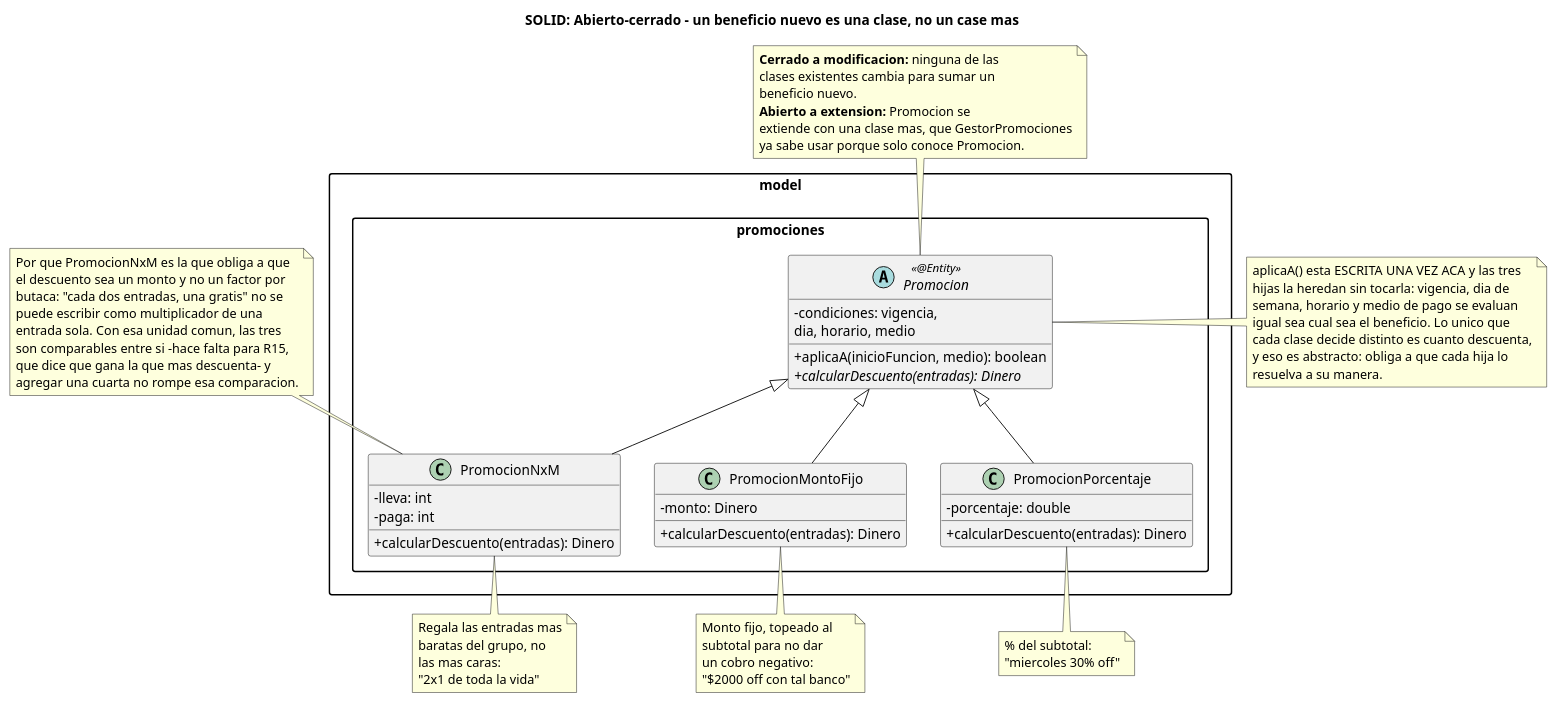
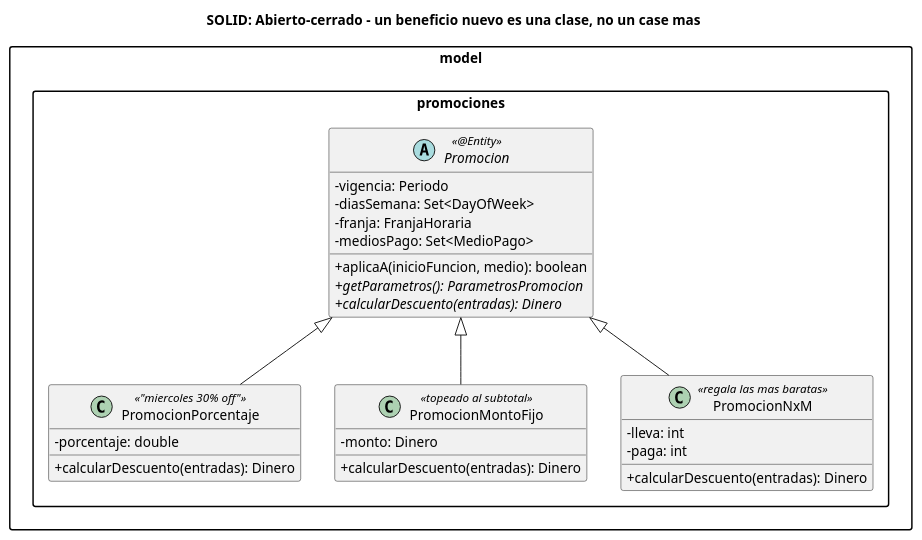
The diagram in _other/docs/diagramas/solid-ocp.puml (andreiveisuade/cine-uade), drawn with PlantUML before and after one commit. The commit also changed 38 other files, not shown here.

First line of the commit message:
docs(manual): arquitectura, patrones, reglas, errores y swing al dia, y diagramas sin notas

```diff
--- a/_other/docs/diagramas/solid-ocp.puml
+++ b/_other/docs/diagramas/solid-ocp.puml
@@ -1,92 +1,49 @@
 @startuml solid-ocp
 title SOLID: Abierto-cerrado - un beneficio nuevo es una clase, no un case mas
 
 skinparam classAttributeIconSize 0
 skinparam packageStyle rectangle
 hide empty members
 
 ' Las tres promociones que hay hoy no agotan lo que un cine puede querer
 ' ofrecer: un 3x2, un descuento que crece con la cantidad de entradas,
 ' una promo que solo corre para socios. Sumar cualquiera de esas es escribir
-' una clase nueva que implementa calcularDescuento(): Promocion ya le
+' una clase nueva que implementa calcularDescuento() y getParametros(), y una
+' constante en TipoPromocion que la crea (Factory Method): Promocion ya le
 ' resuelve la vigencia, el dia, el horario y el medio de pago, asi que la
 ' clase nueva no repite nada de eso. En ningun lugar del sistema hay un
-' switch (tipo) que haya que ir a tocar: ni GestorPromociones.calcularPara(),
-' ni GestorPagos.cobrar() saben que implementaciones existen.
+' switch (tipo) que haya que ir a tocar: ni GestorPromociones, ni
+' GestorPagos.cobrar(), ni el controller, ni VistasPromociones saben que
+' implementaciones existen.
 
 package "model.promociones" {
   abstract class Promocion <<@Entity>> {
-    -condiciones: vigencia,\ndia, horario, medio
+    -vigencia: Periodo
+    -diasSemana: Set<DayOfWeek>
+    -franja: FranjaHoraria
+    -mediosPago: Set<MedioPago>
     +aplicaA(inicioFuncion, medio): boolean
+    {abstract} +getParametros(): ParametrosPromocion
     {abstract} +calcularDescuento(entradas): Dinero
   }
 
-  class PromocionPorcentaje {
+  class PromocionPorcentaje <<"miercoles 30% off">> {
     -porcentaje: double
     +calcularDescuento(entradas): Dinero
   }
-  class PromocionMontoFijo {
+  class PromocionMontoFijo <<topeado al subtotal>> {
     -monto: Dinero
     +calcularDescuento(entradas): Dinero
   }
-  class PromocionNxM {
+  class PromocionNxM <<regala las mas baratas>> {
     -lleva: int
     -paga: int
     +calcularDescuento(entradas): Dinero
   }
 }
 
 PromocionPorcentaje -up-|> Promocion
 PromocionMontoFijo -up-|> Promocion
 PromocionNxM -up-|> Promocion
 
-note right of Promocion
-  aplicaA() esta ESCRITA UNA VEZ ACA y las tres
-  hijas la heredan sin tocarla: vigencia, dia de
-  semana, horario y medio de pago se evaluan
-  igual sea cual sea el beneficio. Lo unico que
-  cada clase decide distinto es cuanto descuenta,
-  y eso es abstracto: obliga a que cada hija lo
-  resuelva a su manera.
-end note
-
-note bottom of PromocionPorcentaje
-  % del subtotal:
-  "miercoles 30% off"
-end note
-note bottom of PromocionMontoFijo
-  Monto fijo, topeado al
-  subtotal para no dar
-  un cobro negativo:
-  "$2000 off con tal banco"
-end note
-note bottom of PromocionNxM
-  Regala las entradas mas
-  baratas del grupo, no
-  las mas caras:
-  "2x1 de toda la vida"
-end note
-
-note as N1
-  Por que PromocionNxM es la que obliga a que
-  el descuento sea un monto y no un factor por
-  butaca: "cada dos entradas, una gratis" no se
-  puede escribir como multiplicador de una
-  entrada sola. Con esa unidad comun, las tres
-  son comparables entre si -hace falta para R15,
-  que dice que gana la que mas descuenta- y
-  agregar una cuarta no rompe esa comparacion.
-end note
-N1 .. PromocionNxM
-
-note as N2
-  **Cerrado a modificacion:** ninguna de las
-  clases existentes cambia para sumar un
-  beneficio nuevo.
-  **Abierto a extension:** Promocion se
-  extiende con una clase mas, que GestorPromociones
-  ya sabe usar porque solo conoce Promocion.
-end note
-N2 .. Promocion
-
 @enduml
```
